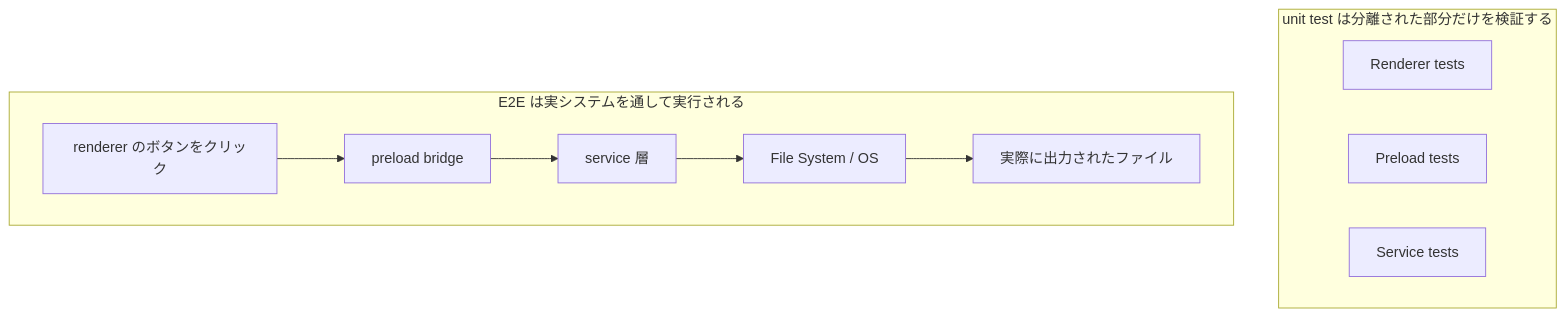
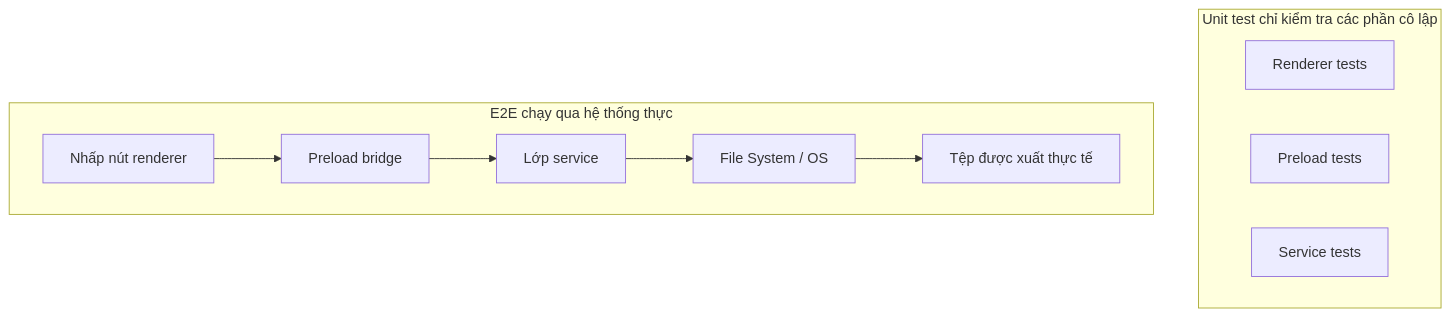
The first of 2 diagrams in docs/vi/lectures/lecture-10-why-end-to-end-testing-changes-results/index.md (mkusaka/learn-harness-engineering), drawn with Mermaid before and after one commit. The commit also changed other lines of this file and 684 other files, not shown here.

````diff
--- a/docs/vi/lectures/lecture-10-why-end-to-end-testing-changes-results/index.md
+++ b/docs/vi/lectures/lecture-10-why-end-to-end-testing-changes-results/index.md
@@ -36,15 +36,15 @@
 ```mermaid
 flowchart TB
-    subgraph Unit["unit test は分離された部分だけを検証する"]
+    subgraph Unit["Unit test chỉ kiểm tra các phần cô lập"]
     U1["Renderer tests"]
     U2["Preload tests"]
     U3["Service tests"]
     end
 
-    subgraph E2E["E2E は実システムを通して実行される"]
-    R["renderer のボタンをクリック"] --> P["preload bridge"]
-    P --> S["service 層"]
+    subgraph E2E["E2E chạy qua hệ thống thực"]
+    R["Nhấp nút renderer"] --> P["Preload bridge"]
+    P --> S["Lớp service"]
     S --> F["File System / OS"]
-    F --> Result["実際に出力されたファイル"]
+    F --> Result["Tệp được xuất thực tế"]
     end
 ```
````
